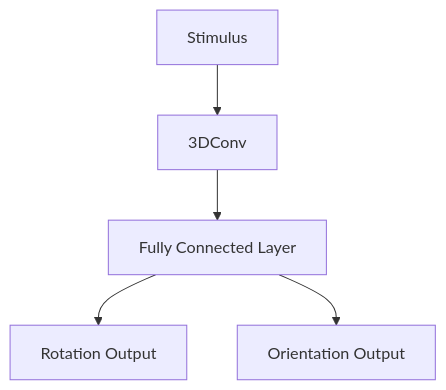
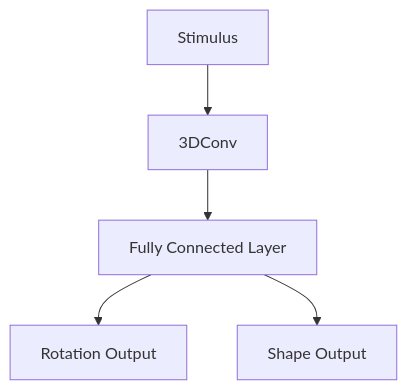
One commit to nghess/607-sensory-coding changed the diagram in quarto/3dcnn.qmd. Above: the diagram before and after it, drawn with Mermaid. The commit also changed other lines of this file and 15 other files, not shown here.

````diff
--- a/quarto/3dcnn.qmd
+++ b/quarto/3dcnn.qmd
@@ -5,7 +5,7 @@
 ```{mermaid}
 flowchart TD
 Stimulus --> 3DConv
 3DConv --> fc1["Fully Connected Layer"]
 fc1 --> fc_r["Rotation Output"]
-fc1 --> fc_o["Orientation Output"]
+fc1 --> fc_o["Shape Output"]
 ```
````
